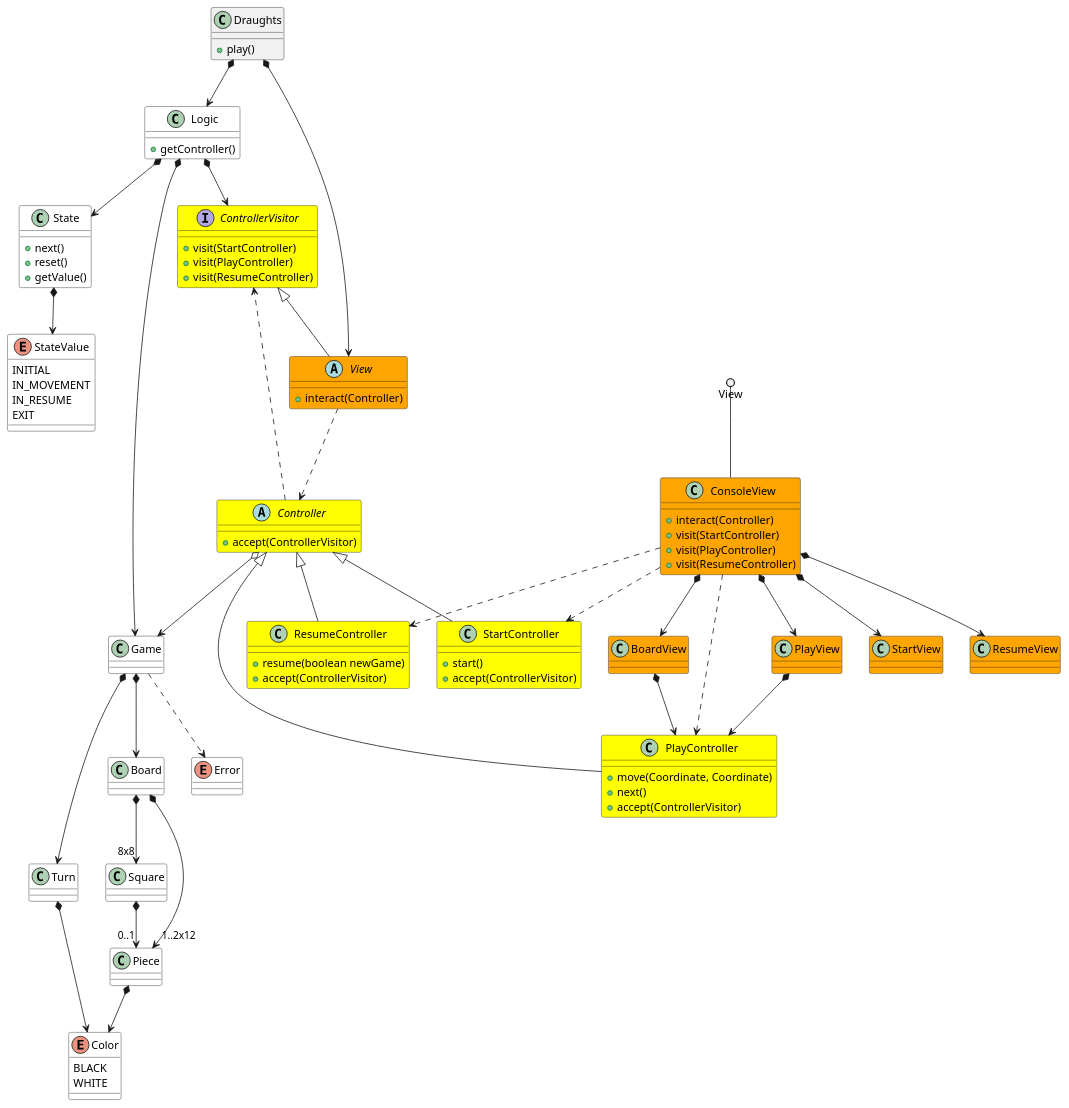
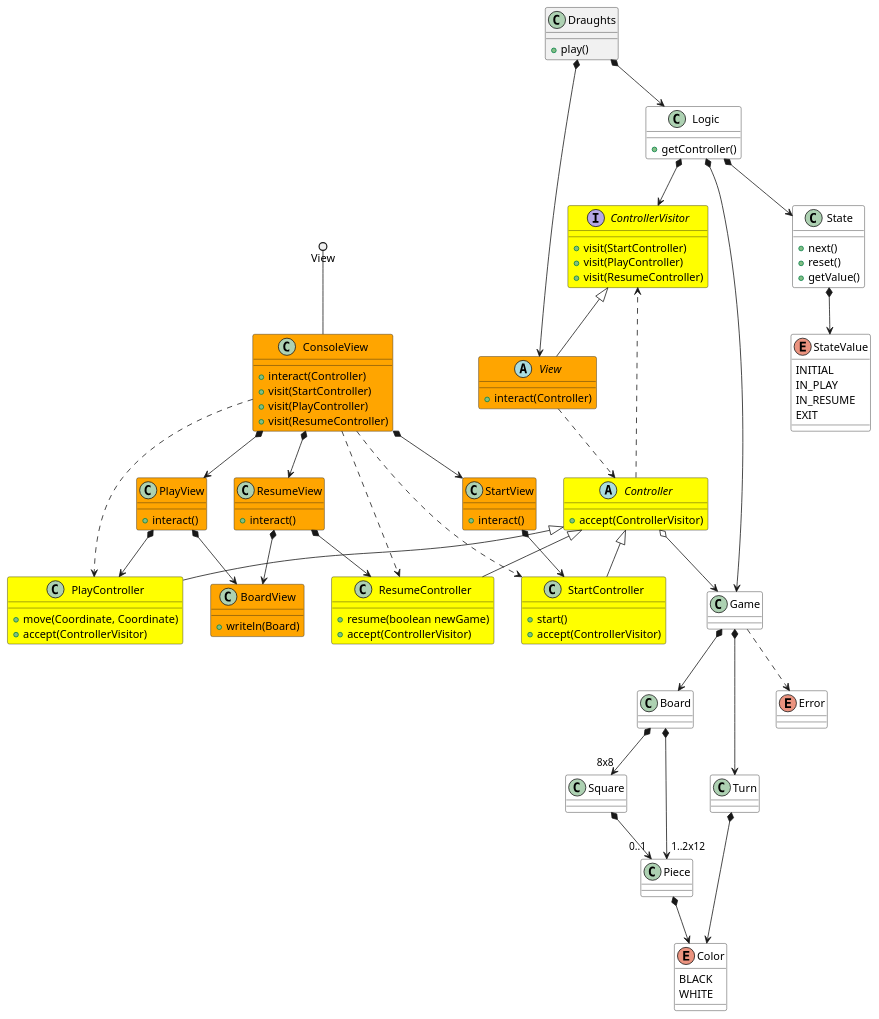
The diagram in README.md (ccorcobado/mastercloudapp-practica6), drawn with PlantUML before and after one commit. The commit also changed other lines of this file, not shown here.

Commit message:
Cambios en el UML

````diff
--- a/README.md
+++ b/README.md
@@ -29,7 +29,7 @@
 enum Error #white
 enum StateValue #white {
     INITIAL
-    IN_MOVEMENT
+    IN_PLAY
     IN_RESUME
     EXIT
 }
@@ -65,7 +65,6 @@
 }
 class PlayController #yellow {
     + move(Coordinate, Coordinate)
-    + next()
     + accept(ControllerVisitor)
 }
 class ResumeController #yellow {
@@ -82,10 +81,18 @@
     + visit(PlayController)
     + visit(ResumeController)
 }
-class StartView #orange
-class PlayView #orange
-class ResumeView #orange
-class BoardView #orange
+class StartView #orange {
+    + interact()
+}
+class PlayView #orange {
+    + interact()
+}
+class ResumeView #orange {
+    + interact()
+}
+class BoardView #orange {
+    + writeln(Board)
+}
 
 Draughts *-down-> Logic
 Draughts *-down-> View
@@ -109,10 +116,13 @@
 ConsoleView *-down-> StartView
 ConsoleView *-down-> PlayView
 ConsoleView *-down-> ResumeView
-ConsoleView *-down-> BoardView
 
 PlayView *-down-> PlayController
-BoardView *-down-> PlayController
+StartView *-down-> StartController
+ResumeView *-down-> ResumeController
+
+ResumeView *-down-> BoardView
+PlayView *-down-> BoardView
 
 @enduml
 ```
````
